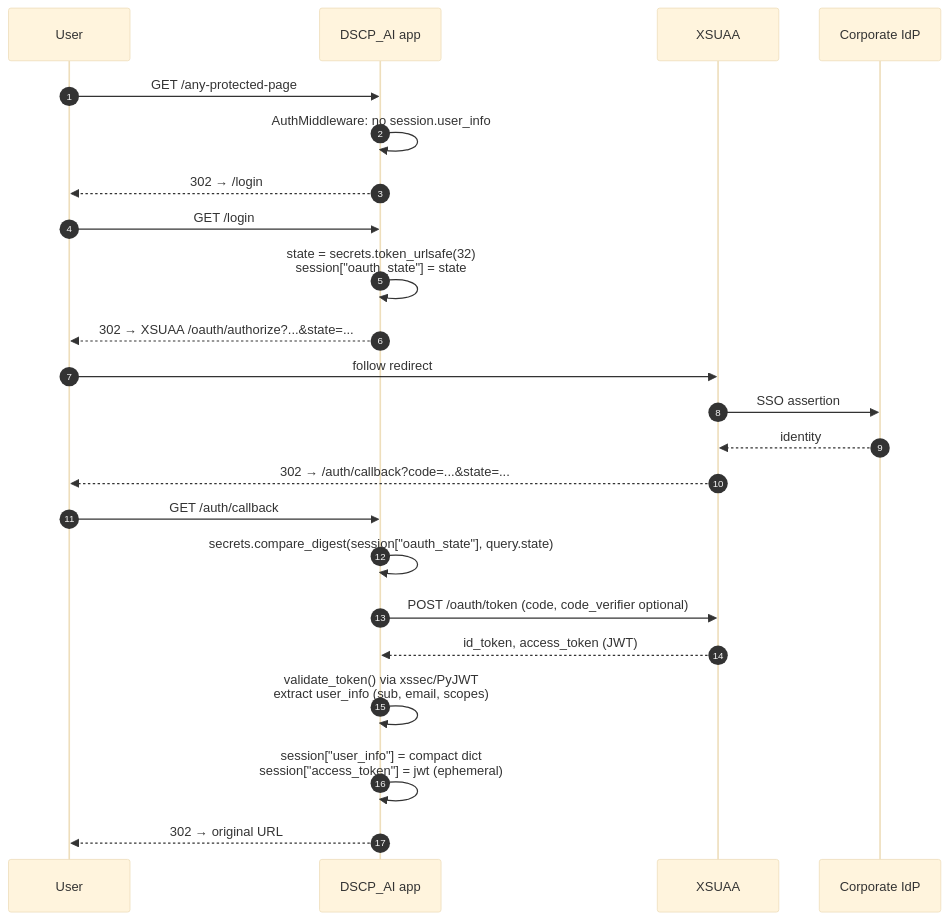
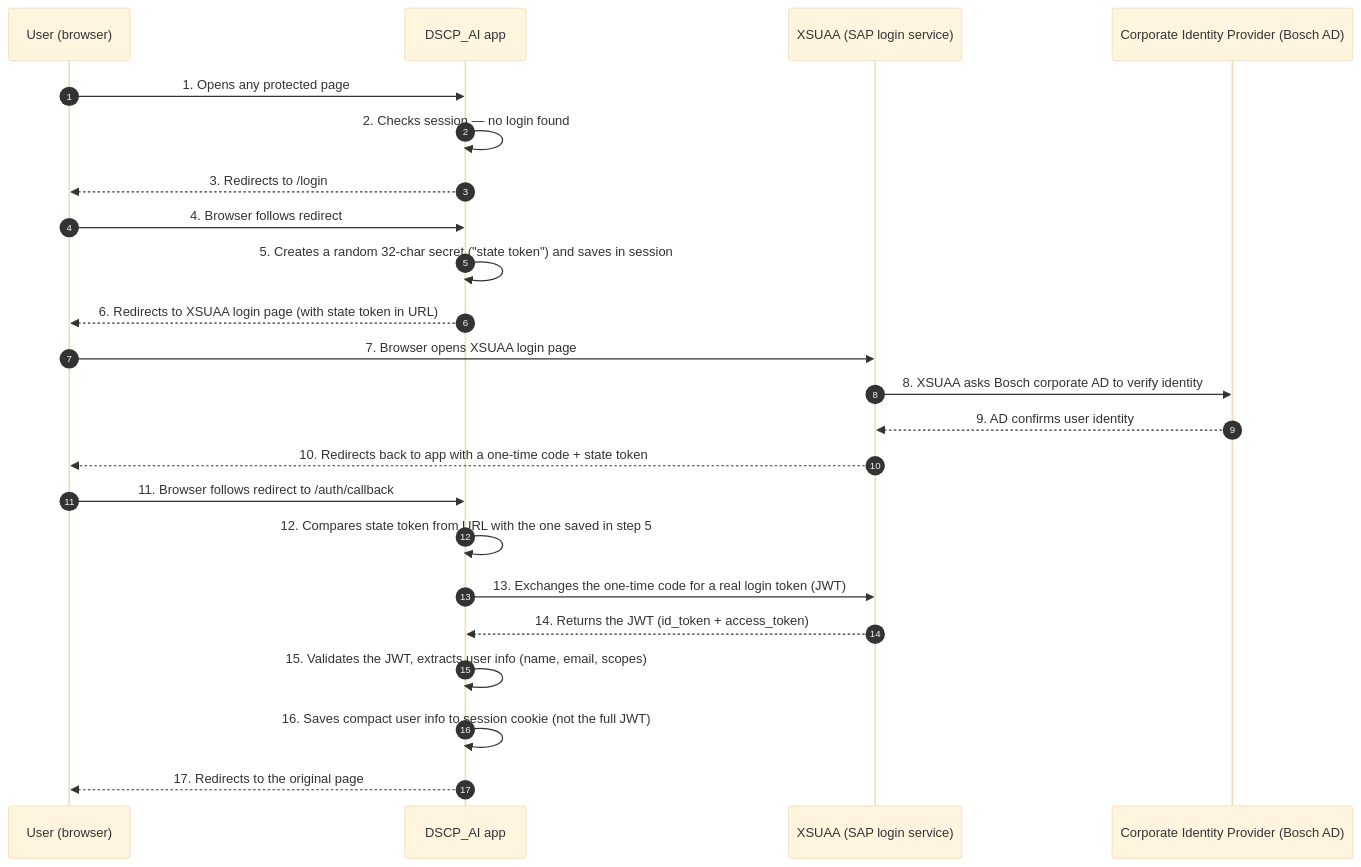
Before and after one commit to dxdelvin/DSCPAIApps: the diagram in docs/04-auth-and-security.md, drawn with Mermaid (base theme). The commit also changed other lines of this file and 9 other files, not shown here.

````diff
--- a/docs/04-auth-and-security.md
+++ b/docs/04-auth-and-security.md
@@ -32,26 +23,26 @@
 ```mermaid
 sequenceDiagram
     autonumber
-    participant U as User
+    participant U as User (browser)
     participant A as DSCP_AI app
-    participant X as XSUAA
-    participant I as Corporate IdP
+    participant X as XSUAA (SAP login service)
+    participant I as Corporate Identity Provider (Bosch AD)
 
-    U->>A: GET /any-protected-page
-    A->>A: AuthMiddleware: no session.user_info
-    A-->>U: 302 → /login
-    U->>A: GET /login
-    A->>A: state = secrets.token_urlsafe(32)<br/>session["oauth_state"] = state
-    A-->>U: 302 → XSUAA /oauth/authorize?...&state=...
-    U->>X: follow redirect
-    X->>I: SSO assertion
-    I-->>X: identity
-    X-->>U: 302 → /auth/callback?code=...&state=...
-    U->>A: GET /auth/callback
-    A->>A: secrets.compare_digest(session["oauth_state"], query.state)
-    A->>X: POST /oauth/token (code, code_verifier optional)
-    X-->>A: id_token, access_token (JWT)
-    A->>A: validate_token() via xssec/PyJWT<br/>extract user_info (sub, email, scopes)
-    A->>A: session["user_info"] = compact dict<br/>session["access_token"] = jwt (ephemeral)
-    A-->>U: 302 → original URL
+    U->>A: 1. Opens any protected page
+    A->>A: 2. Checks session — no login found
+    A-->>U: 3. Redirects to /login
+    U->>A: 4. Browser follows redirect
+    A->>A: 5. Creates a random 32-char secret ("state token") and saves in session
+    A-->>U: 6. Redirects to XSUAA login page (with state token in URL)
+    U->>X: 7. Browser opens XSUAA login page
+    X->>I: 8. XSUAA asks Bosch corporate AD to verify identity
+    I-->>X: 9. AD confirms user identity
+    X-->>U: 10. Redirects back to app with a one-time code + state token
+    U->>A: 11. Browser follows redirect to /auth/callback
+    A->>A: 12. Compares state token from URL with the one saved in step 5
+    A->>X: 13. Exchanges the one-time code for a real login token (JWT)
+    X-->>A: 14. Returns the JWT (id_token + access_token)
+    A->>A: 15. Validates the JWT, extracts user info (name, email, scopes)
+    A->>A: 16. Saves compact user info to session cookie (not the full JWT)
+    A-->>U: 17. Redirects to the original page
 ```
````
